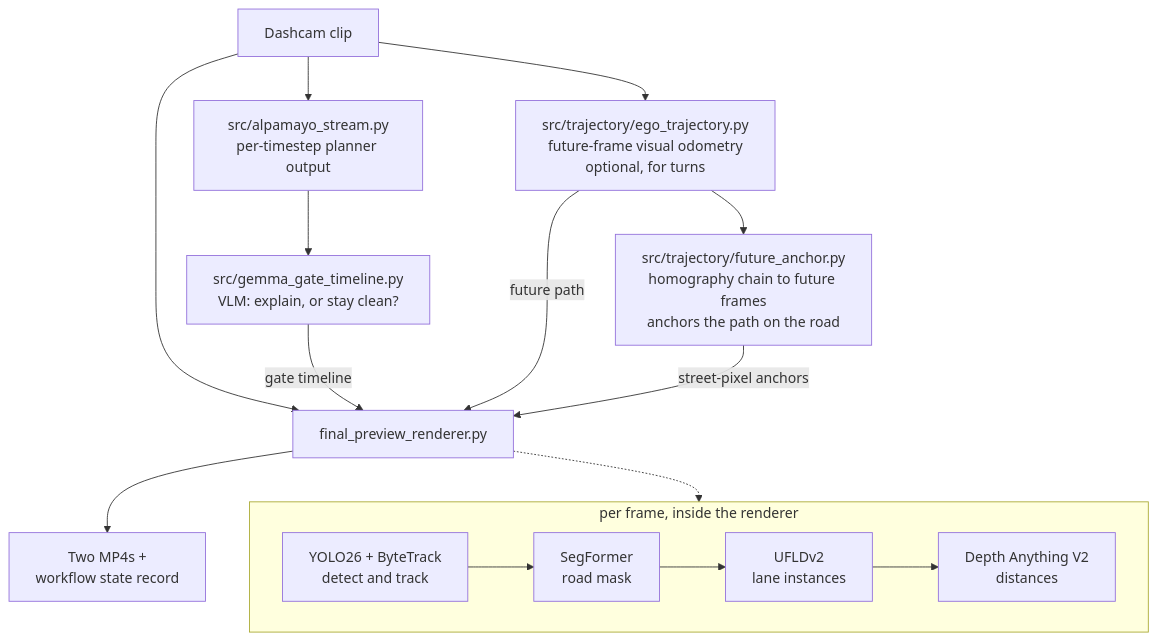
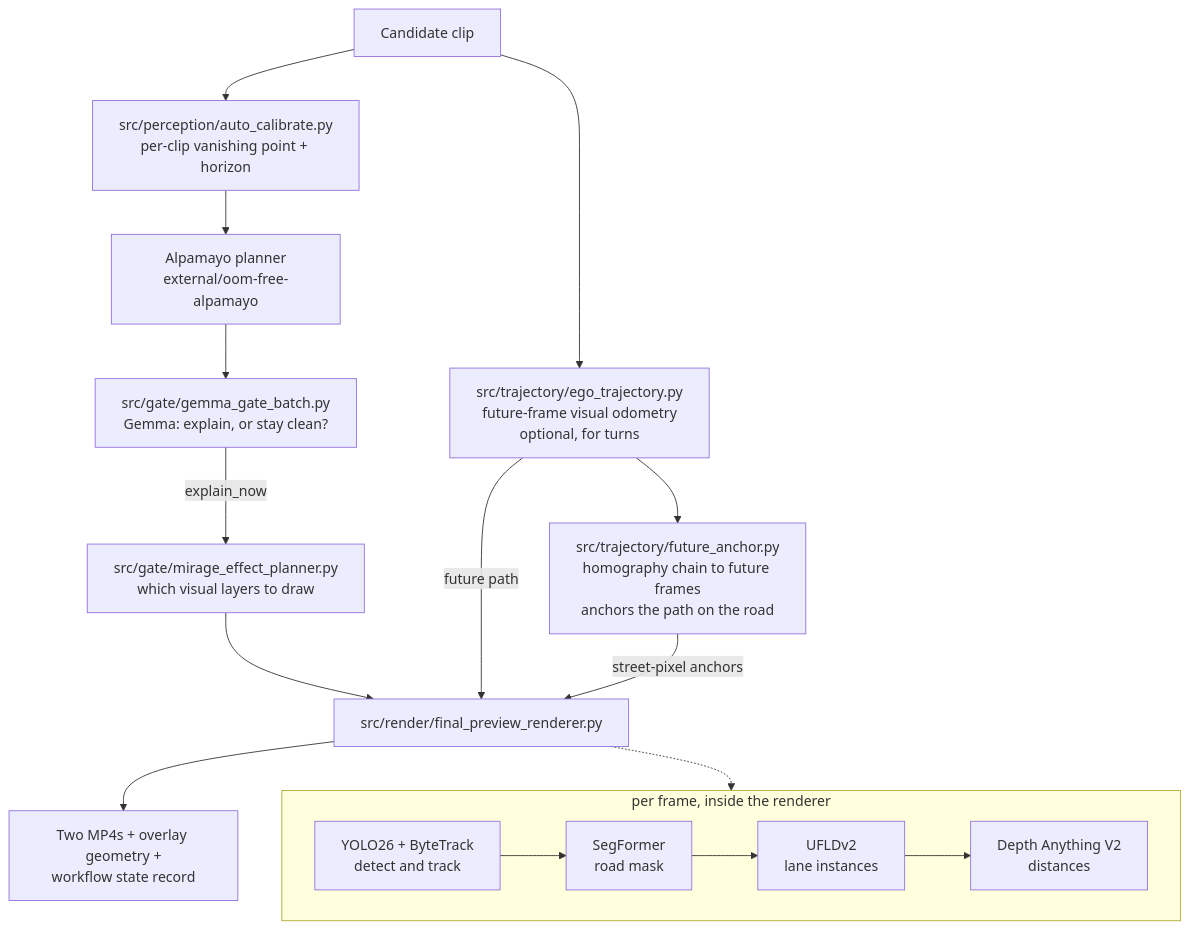
The diagram in README.md (Shaadalam9/opticarvis), drawn with Mermaid before and after one commit. The commit also changed other lines of this file and 2 other files, not shown here.

First line of the commit message:
docs: replace commands for deleted scripts with the current workflow

````diff
--- a/README.md
+++ b/README.md
@@ -110,21 +114,22 @@
 ```mermaid
 flowchart TD
-    A[Dashcam clip] --> B[src/alpamayo_stream.py<br/>per-timestep planner output]
-    B --> C[src/gemma_gate_timeline.py<br/>VLM: explain, or stay clean?]
+    A[Candidate clip] --> K[src/perception/auto_calibrate.py<br/>per-clip vanishing point + horizon]
+    K --> B[Alpamayo planner<br/>external/oom-free-alpamayo]
+    B --> C[src/gate/gemma_gate_batch.py<br/>Gemma: explain, or stay clean?]
+    C -->|explain_now| M[src/gate/mirage_effect_planner.py<br/>which visual layers to draw]
     A --> D[src/trajectory/ego_trajectory.py<br/>future-frame visual odometry<br/>optional, for turns]
     D --> G[src/trajectory/future_anchor.py<br/>homography chain to future frames<br/>anchors the path on the road]
-    A --> E[final_preview_renderer.py]
-    C -->|gate timeline| E
+    M --> E[src/render/final_preview_renderer.py]
     D -->|future path| E
     G -->|street-pixel anchors| E
-    E --> F[Two MP4s +<br/>workflow state record]
+    E --> F[Two MP4s + overlay geometry +<br/>workflow state record]
 
     subgraph P [per frame, inside the renderer]
         direction LR
         P1[YOLO26 + ByteTrack<br/>detect and track] --> P2[SegFormer<br/>road mask]
         P2 --> P3[UFLDv2<br/>lane instances]
         P3 --> P4[Depth Anything V2<br/>distances]
     end
 
     E -.-> P
 ```
````
